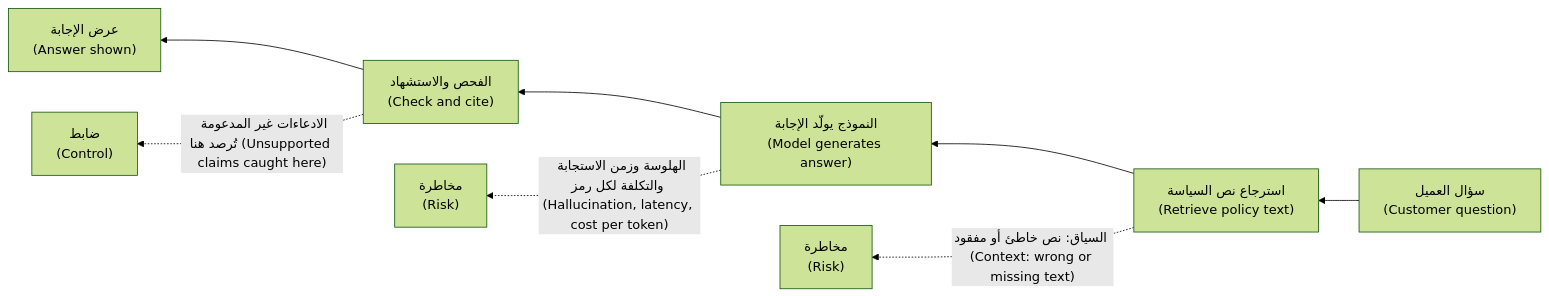
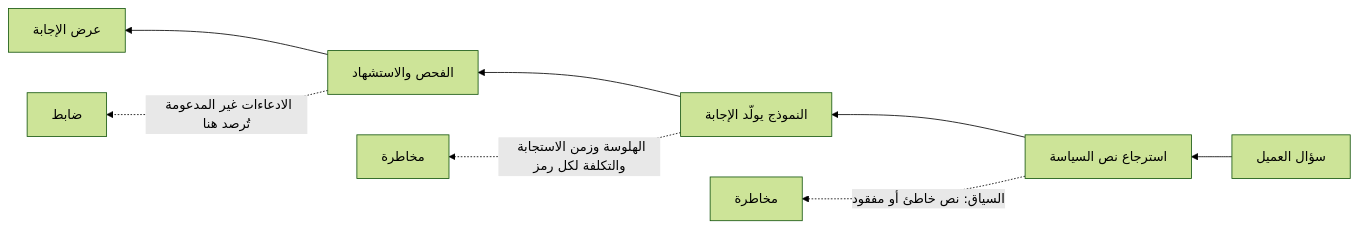
The second of 3 diagrams in aipm/modules/01-ai-literacy.ar.md (Tamoura/system-design-for-vibe-coders), drawn with Mermaid (forest theme) before and after one commit. The commit also changed other lines of this file and 551 other files, not shown here.

````diff
--- a/aipm/modules/01-ai-literacy.ar.md
+++ b/aipm/modules/01-ai-literacy.ar.md
@@ -291,10 +299,10 @@
 ```mermaid
 flowchart RL
-    Q["سؤال العميل<br/>(Customer question)"] --> R["استرجاع نص السياسة<br/>(Retrieve policy text)"]
-    R --> M["النموذج يولّد الإجابة<br/>(Model generates answer)"]
-    M --> C["الفحص والاستشهاد<br/>(Check and cite)"]
-    C --> A["عرض الإجابة<br/>(Answer shown)"]
-    R -. "السياق: نص خاطئ أو مفقود (Context: wrong or missing text)" .-> X1["مخاطرة<br/>(Risk)"]
-    M -. "الهلوسة وزمن الاستجابة والتكلفة لكل رمز (Hallucination, latency, cost per token)" .-> X2["مخاطرة<br/>(Risk)"]
-    C -. "الادعاءات غير المدعومة تُرصد هنا (Unsupported claims caught here)" .-> X3["ضابط<br/>(Control)"]
+    Q["سؤال العميل"] --> R["استرجاع نص السياسة"]
+    R --> M["النموذج يولّد الإجابة"]
+    M --> C["الفحص والاستشهاد"]
+    C --> A["عرض الإجابة"]
+    R -. "السياق: نص خاطئ أو مفقود" .-> X1["مخاطرة"]
+    M -. "الهلوسة وزمن الاستجابة والتكلفة لكل رمز" .-> X2["مخاطرة"]
+    C -. "الادعاءات غير المدعومة تُرصد هنا" .-> X3["ضابط"]
 ```
````
